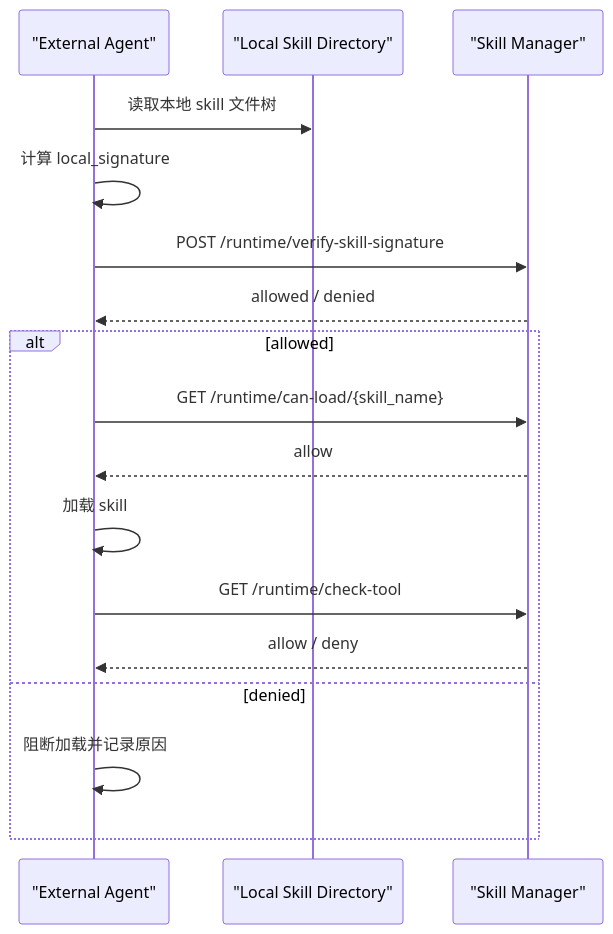
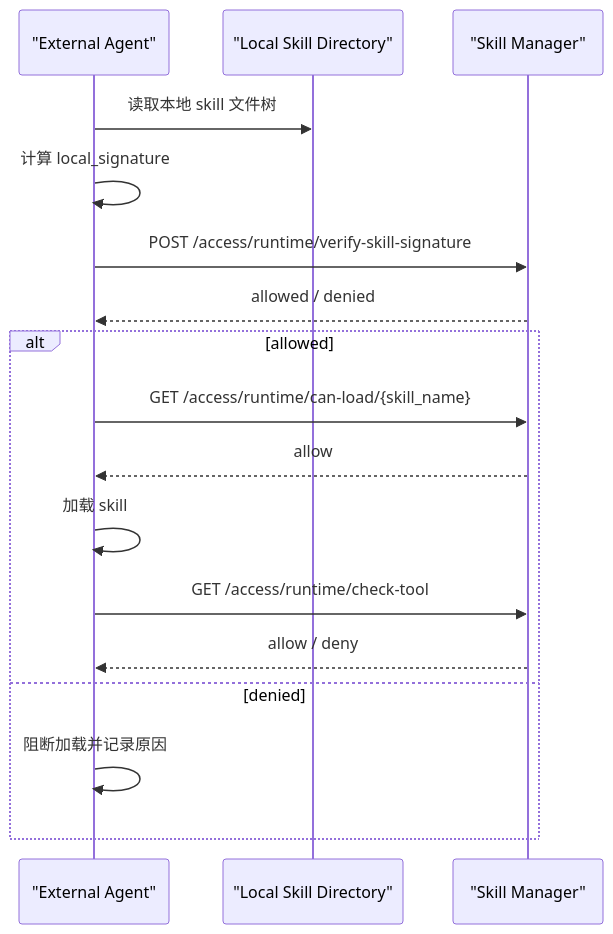
Before and after one commit to HuangLuGuang/skill-manager: the diagram in docs/agent-signature-verification.md, drawn with Mermaid. The commit also changed other lines of this file and 20 other files, not shown here.

````diff
--- a/docs/agent-signature-verification.md
+++ b/docs/agent-signature-verification.md
@@ -139,20 +149,20 @@
 ```mermaid
 sequenceDiagram
     participant AG as "External Agent"
     participant FS as "Local Skill Directory"
     participant SM as "Skill Manager"
 
     AG->>FS: 读取本地 skill 文件树
     AG->>AG: 计算 local_signature
-    AG->>SM: POST /runtime/verify-skill-signature
+    AG->>SM: POST /access/runtime/verify-skill-signature
     SM-->>AG: allowed / denied
     alt allowed
-        AG->>SM: GET /runtime/can-load/{skill_name}
+        AG->>SM: GET /access/runtime/can-load/{skill_name}
         SM-->>AG: allow
         AG->>AG: 加载 skill
-        AG->>SM: GET /runtime/check-tool
+        AG->>SM: GET /access/runtime/check-tool
         SM-->>AG: allow / deny
     else denied
         AG->>AG: 阻断加载并记录原因
     end
 ```
````
